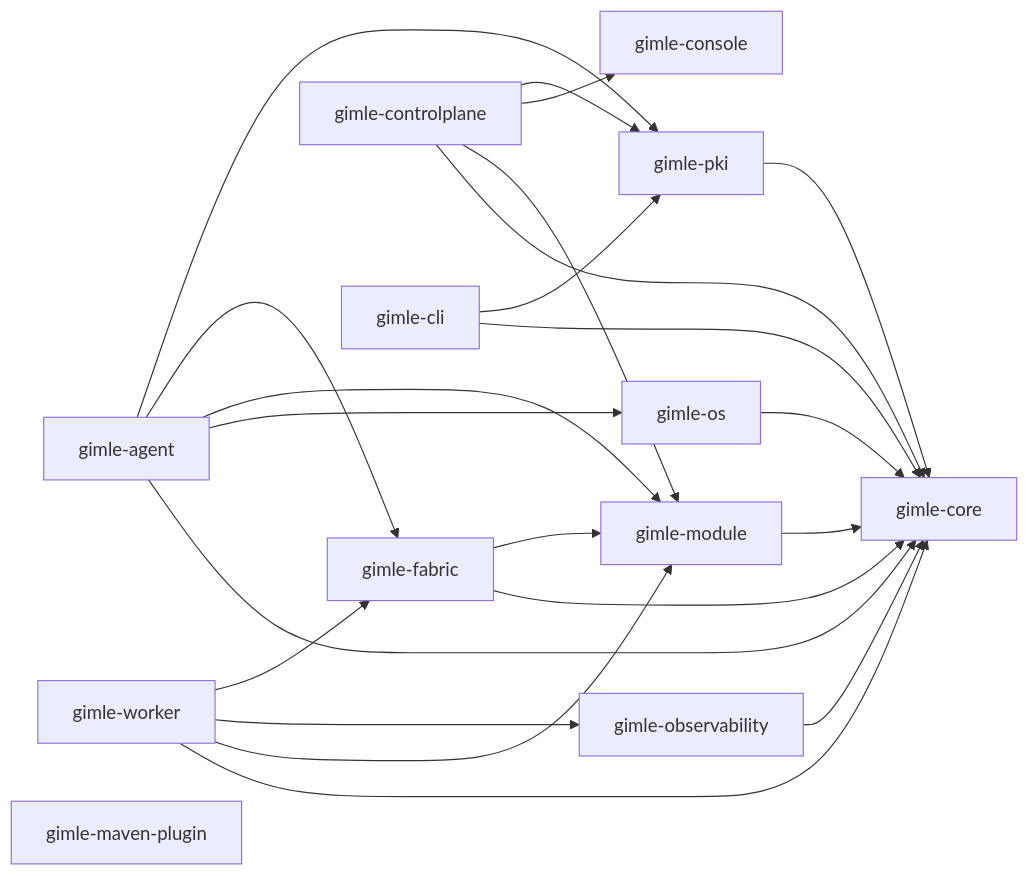
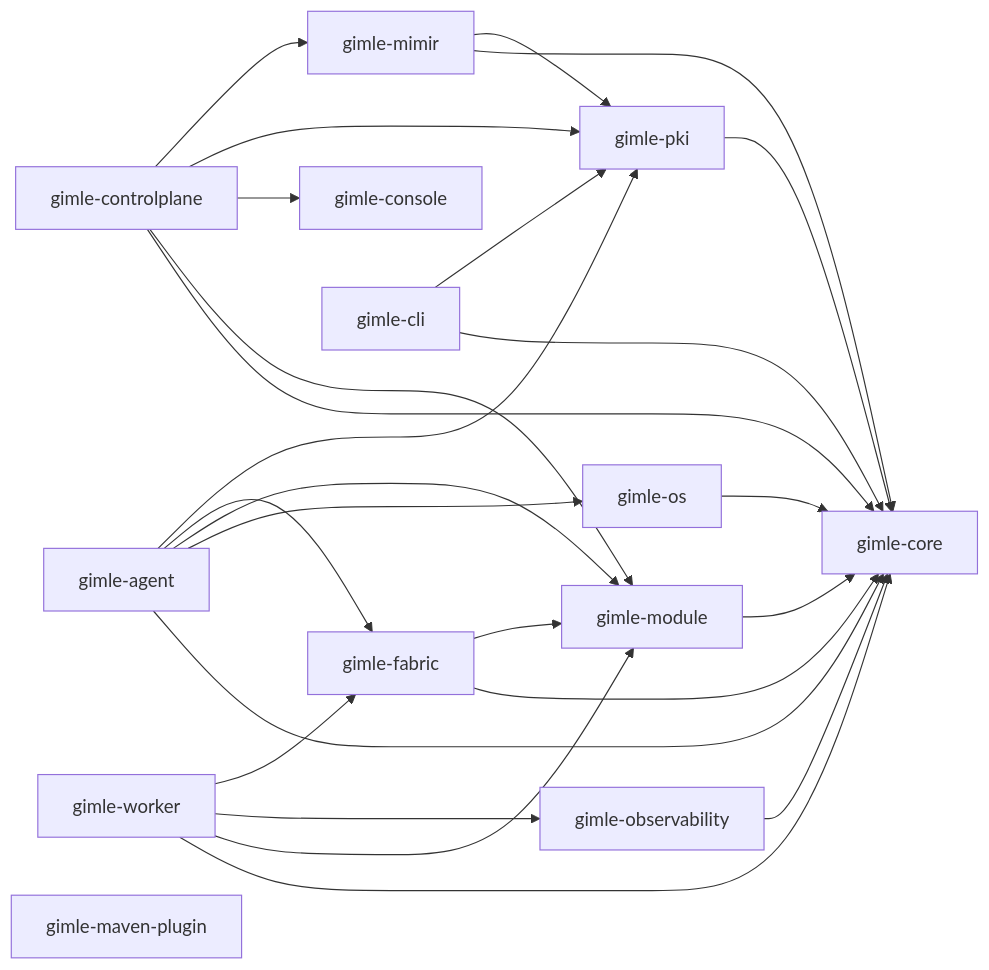
One commit to ghiloufibg/gimle changed the diagram in gimle-docs/docs/contributing/project-structure.md. Above: the diagram before and after it, drawn with Mermaid. The commit also changed other lines of this file and 133 other files, not shown here.

First line of the commit message:
feat(mimir,controlplane): extract Raft-replicated store into gimle-mimir

````diff
--- a/gimle-docs/docs/contributing/project-structure.md
+++ b/gimle-docs/docs/contributing/project-structure.md
@@ -16,26 +16,29 @@
 ```mermaid
 graph LR
     core[gimle-core]
     module[gimle-module] --> core
     os[gimle-os] --> core
     observability[gimle-observability] --> core
     fabric[gimle-fabric] --> core
     fabric --> module
     pki[gimle-pki] --> core
     worker[gimle-worker] --> core
     worker --> module
     worker --> observability
     worker --> fabric
     agent[gimle-agent] --> core
     agent --> os
     agent --> module
     agent --> fabric
     agent --> pki
+    mimir[gimle-mimir] --> core
+    mimir --> pki
     controlplane[gimle-controlplane] --> core
     controlplane --> module
     controlplane --> console[gimle-console]
     controlplane --> pki
+    controlplane --> mimir
     cli[gimle-cli] --> core
     cli --> pki
     mavenplugin[gimle-maven-plugin]
 ```
````
